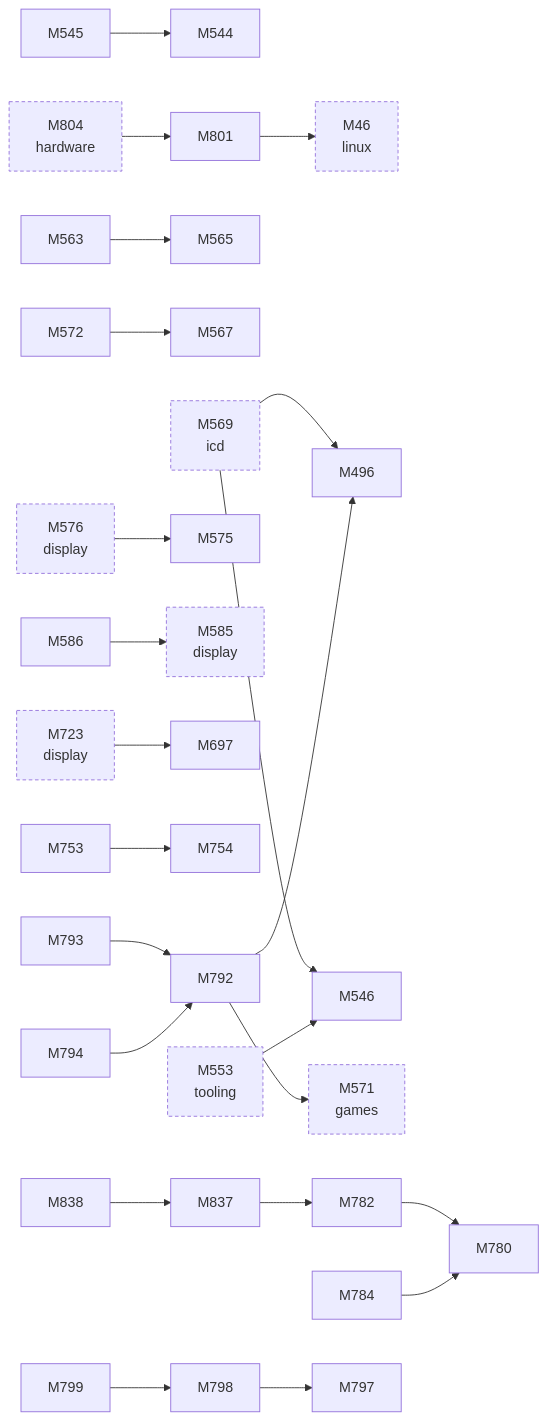
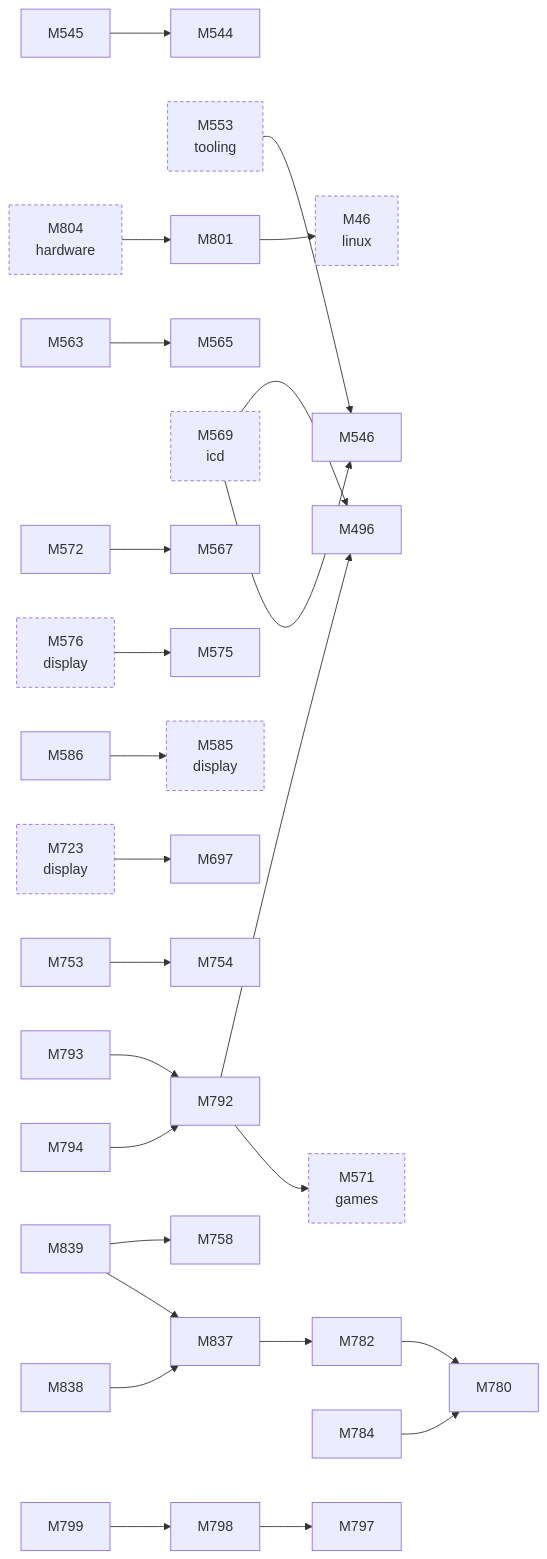
The second of 2 diagrams in docs/facts/graphs/d3d.md (D-Ogi/amdgpu-wddm), drawn with Mermaid before and after one commit. The commit also changed other lines of this file and 7 other files, not shown here.

````diff
--- a/docs/facts/graphs/d3d.md
+++ b/docs/facts/graphs/d3d.md
@@ -22,60 +25,64 @@
 ```mermaid
 flowchart LR
   M46["M46<br/>linux"]
   M496["M496"]
   M544["M544"]
   M545["M545"]
   M546["M546"]
   M553["M553<br/>tooling"]
   M563["M563"]
   M565["M565"]
   M567["M567"]
   M569["M569<br/>icd"]
   M571["M571<br/>games"]
   M572["M572"]
   M575["M575"]
   M576["M576<br/>display"]
   M585["M585<br/>display"]
   M586["M586"]
   M697["M697"]
   M723["M723<br/>display"]
   M753["M753"]
   M754["M754"]
+  M758["M758"]
   M780["M780"]
   M782["M782"]
   M784["M784"]
   M792["M792"]
   M793["M793"]
   M794["M794"]
   M797["M797"]
   M798["M798"]
   M799["M799"]
   M801["M801"]
   M804["M804<br/>hardware"]
   M837["M837"]
   M838["M838"]
+  M839["M839"]
   M804 --> M801
   M576 --> M575
   M723 --> M697
   M569 --> M496
   M569 --> M546
   M545 --> M544
   M563 --> M565
   M572 --> M567
   M586 --> M585
   M753 --> M754
   M782 --> M780
   M784 --> M780
   M792 --> M496
   M792 --> M571
   M793 --> M792
   M794 --> M792
   M798 --> M797
   M799 --> M798
   M801 --> M46
   M837 --> M782
   M838 --> M837
+  M839 --> M758
+  M839 --> M837
   M553 --> M546
   classDef other stroke-dasharray:4 3
   class M46,M553,M569,M571,M576,M585,M723,M804 other
 ```
````
